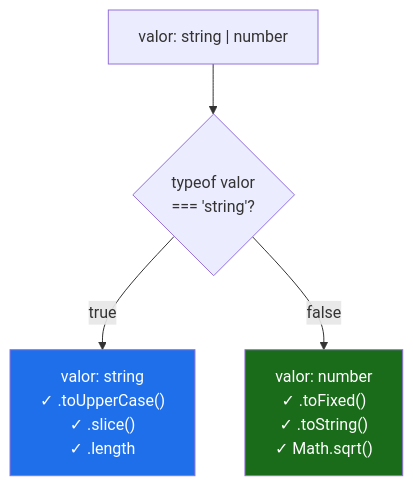
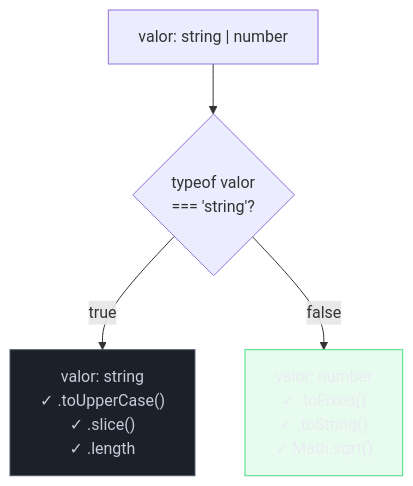
One commit to josenaldo/codex-technomanticus changed the first of 5 diagrams in 03-Dominios/Tecnologia/TypeScript/09 - Type narrowing e type guards.md. Above: the diagram before and after it, drawn with Mermaid. The commit also changed other lines of this file and 1181 other files, not shown here.

First line of the commit message:
fix(diagramas): paleta do sistema no lugar de cor cravada no markdown

````diff
--- a/03-Dominios/Tecnologia/TypeScript/09 - Type narrowing e type guards.md
+++ b/03-Dominios/Tecnologia/TypeScript/09 - Type narrowing e type guards.md
@@ -41,14 +41,16 @@
 ```mermaid
 flowchart TD
+    classDef neutro fill:#1B2029,stroke:#4E5666,color:#C6CCD8
+    classDef ok fill:#4ADE8021,stroke:#4ADE80,color:#E9ECF2
     START["valor: string | number"]
     CHECK{"typeof valor\n=== 'string'?"}
     STR["valor: string\n✓ .toUpperCase()\n✓ .slice()\n✓ .length"]
     NUM["valor: number\n✓ .toFixed()\n✓ .toString()\n✓ Math.sqrt()"]
 
     START --> CHECK
     CHECK -->|"true"| STR
     CHECK -->|"false"| NUM
 
-    style STR fill:#1f6feb,color:#fff
-    style NUM fill:#1a6b1a,color:#fff
+    class STR neutro
+    class NUM ok
 ```
````
